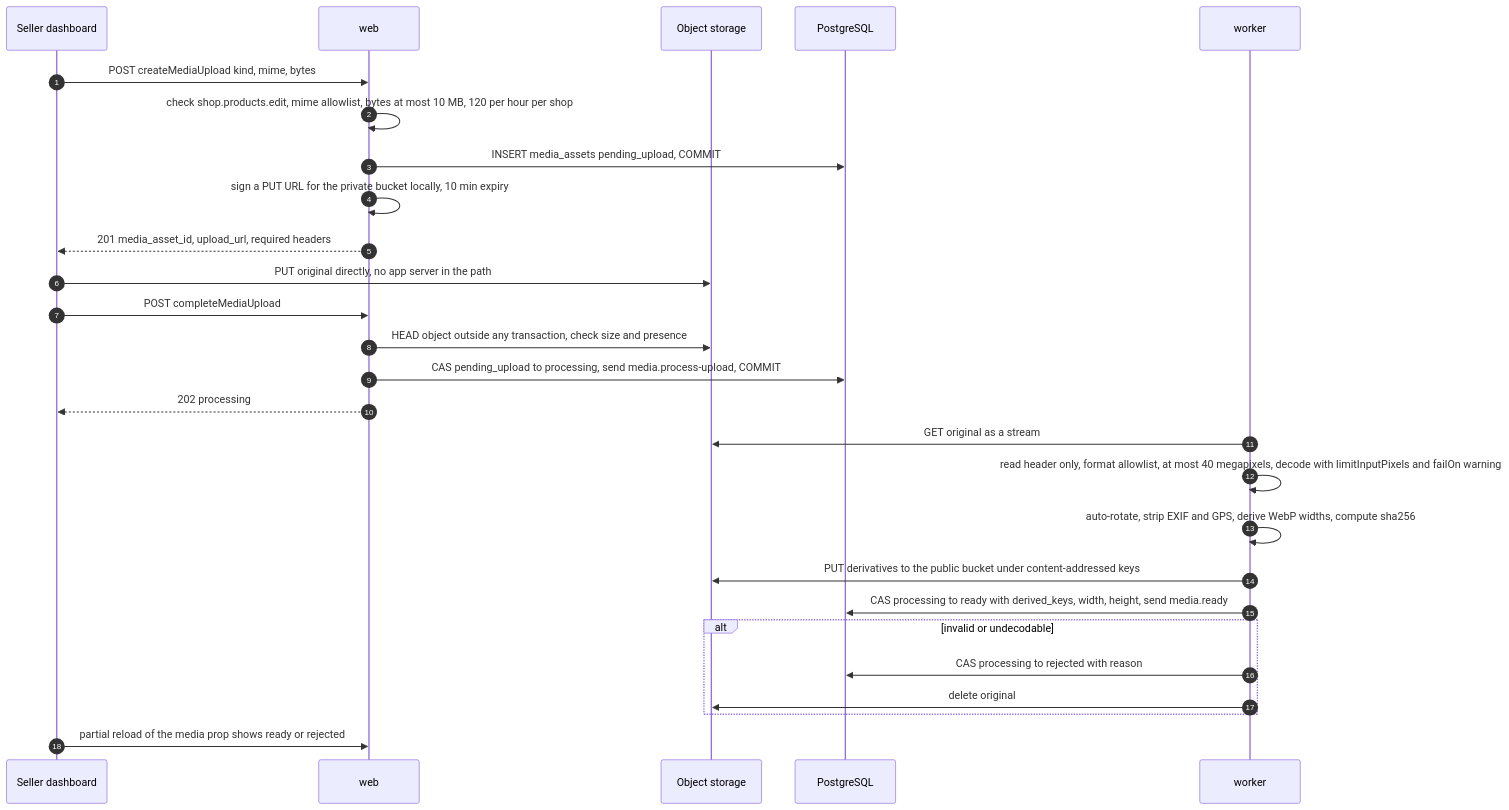
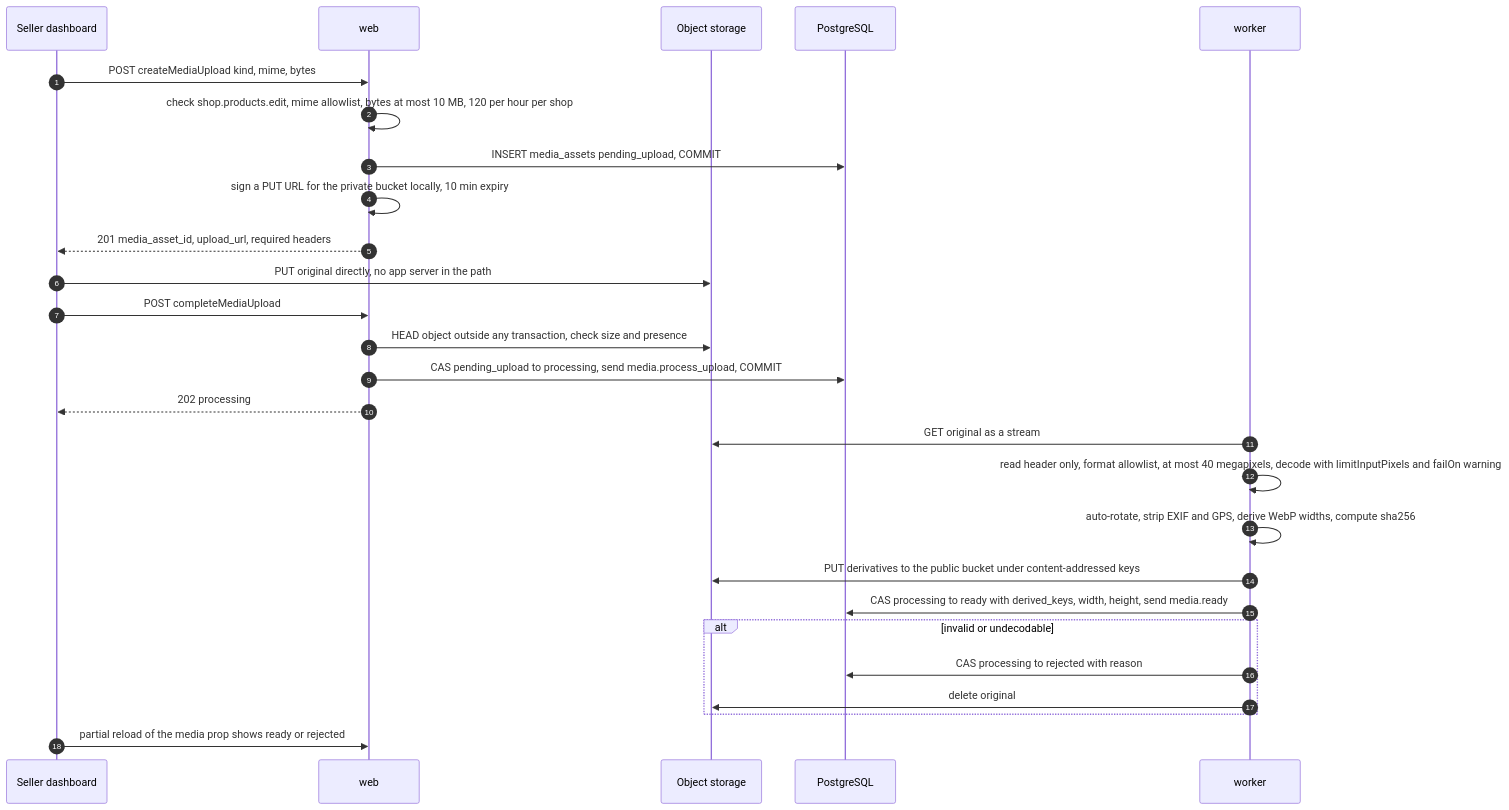
One commit to harublank0-0/drip-nepal changed the tenth of 12 diagrams in docs/03-system-architecture.md. Above: the diagram before and after it, drawn with Mermaid. The commit also changed other lines of this file, not shown here.

Commit message:
docs(03): critic pass on system architecture

````diff
--- a/docs/03-system-architecture.md
+++ b/docs/03-system-architecture.md
@@ -785,29 +817,29 @@
 ```mermaid
 sequenceDiagram
   autonumber
   participant S as Seller dashboard
   participant W as web
   participant O as Object storage
   participant DB as PostgreSQL
   participant K as worker
   S->>W: POST createMediaUpload kind, mime, bytes
   W->>W: check shop.products.edit, mime allowlist, bytes at most 10 MB, 120 per hour per shop
   W->>DB: INSERT media_assets pending_upload, COMMIT
   W->>W: sign a PUT URL for the private bucket locally, 10 min expiry
   W-->>S: 201 media_asset_id, upload_url, required headers
   S->>O: PUT original directly, no app server in the path
   S->>W: POST completeMediaUpload
   W->>O: HEAD object outside any transaction, check size and presence
-  W->>DB: CAS pending_upload to processing, send media.process-upload, COMMIT
+  W->>DB: CAS pending_upload to processing, send media.process_upload, COMMIT
   W-->>S: 202 processing
   K->>O: GET original as a stream
   K->>K: read header only, format allowlist, at most 40 megapixels, decode with limitInputPixels and failOn warning
   K->>K: auto-rotate, strip EXIF and GPS, derive WebP widths, compute sha256
   K->>O: PUT derivatives to the public bucket under content-addressed keys
   K->>DB: CAS processing to ready with derived_keys, width, height, send media.ready
   alt invalid or undecodable
     K->>DB: CAS processing to rejected with reason
     K->>O: delete original
   end
   S->>W: partial reload of the media prop shows ready or rejected
 ```
````
